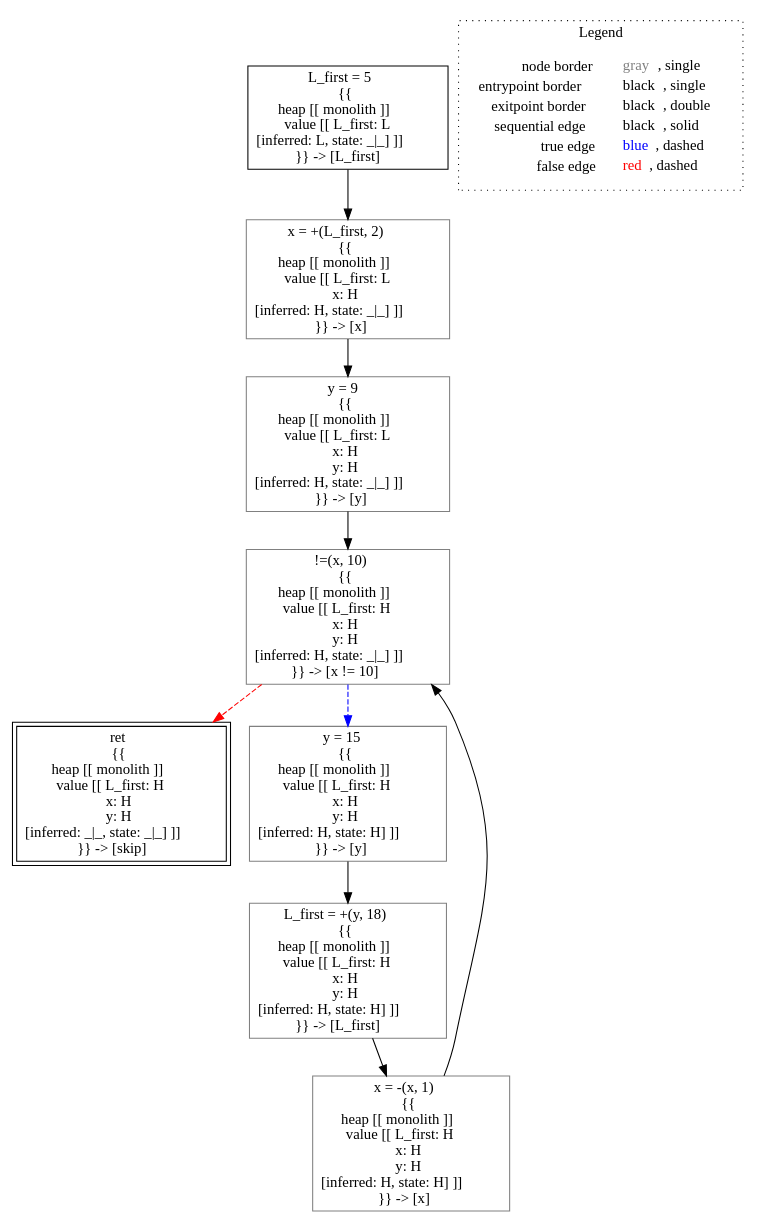
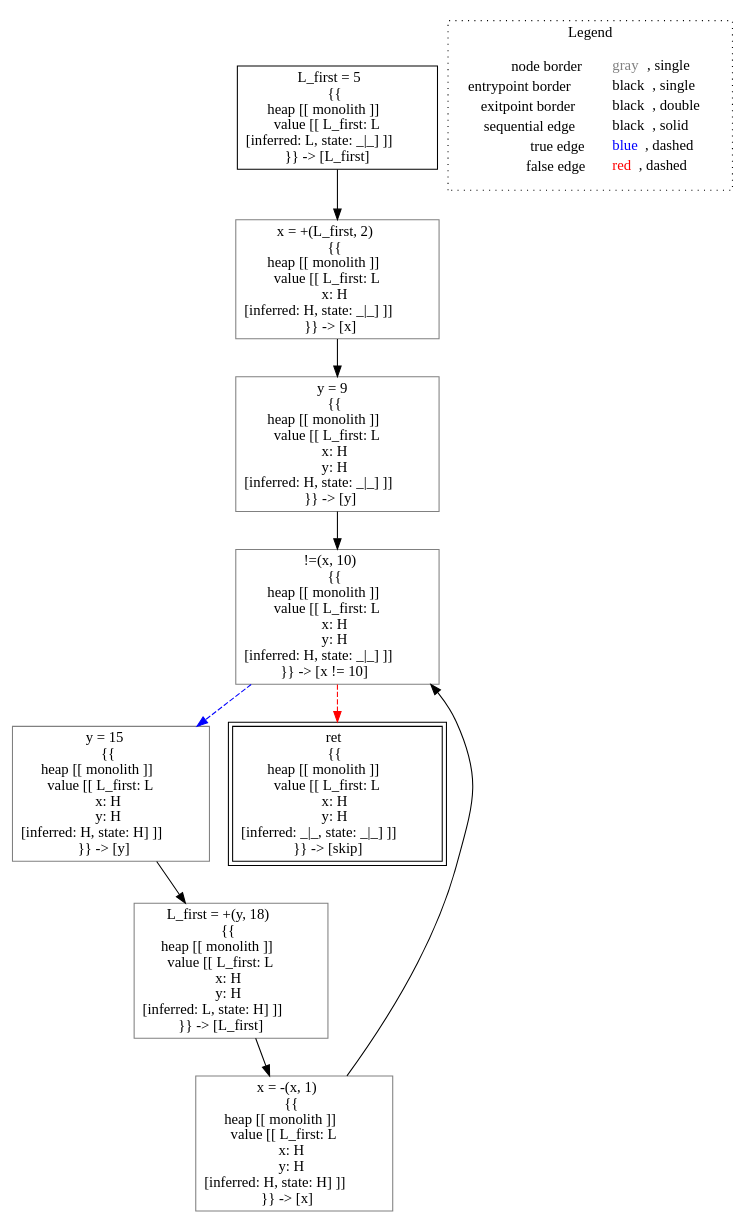
Before and after one commit to lisa-analyzer/lisa: the diagram in lisa/imp-testcases/non-interference/type-system/analysis___untyped_Test.loop(Test_this).dot, drawn with Graphviz. The commit also changed 12 other files, not shown here.

```diff
--- a/lisa/imp-testcases/non-interference/type-system/analysis___untyped_Test.loop(Test_this).dot
+++ b/lisa/imp-testcases/non-interference/type-system/analysis___untyped_Test.loop(Test_this).dot
@@ -1,25 +1,25 @@
 digraph {
 	"node0" [shape="rect",color="black",label=<L_first = 5<BR/>{{<BR/>heap [[ monolith ]]<BR/>value [[ L_first: L<BR/>[inferred: L, state: _|_] ]]<BR/>}} -&gt; [L_first]>];
-	"node1" [shape="rect",color="black",peripheries="2",label=<ret<BR/>{{<BR/>heap [[ monolith ]]<BR/>value [[ L_first: H<BR/>x: H<BR/>y: H<BR/>[inferred: _|_, state: _|_] ]]<BR/>}} -&gt; [skip]>];
-	"node2" [shape="rect",color="gray",label=<y = 9<BR/>{{<BR/>heap [[ monolith ]]<BR/>value [[ L_first: L<BR/>x: H<BR/>y: H<BR/>[inferred: H, state: _|_] ]]<BR/>}} -&gt; [y]>];
-	"node3" [shape="rect",color="gray",label=<!=(x, 10)<BR/>{{<BR/>heap [[ monolith ]]<BR/>value [[ L_first: H<BR/>x: H<BR/>y: H<BR/>[inferred: H, state: _|_] ]]<BR/>}} -&gt; [x != 10]>];
-	"node4" [shape="rect",color="gray",label=<y = 15<BR/>{{<BR/>heap [[ monolith ]]<BR/>value [[ L_first: H<BR/>x: H<BR/>y: H<BR/>[inferred: H, state: H] ]]<BR/>}} -&gt; [y]>];
-	"node5" [shape="rect",color="gray",label=<L_first = +(y, 18)<BR/>{{<BR/>heap [[ monolith ]]<BR/>value [[ L_first: H<BR/>x: H<BR/>y: H<BR/>[inferred: H, state: H] ]]<BR/>}} -&gt; [L_first]>];
-	"node6" [shape="rect",color="gray",label=<x = +(L_first, 2)<BR/>{{<BR/>heap [[ monolith ]]<BR/>value [[ L_first: L<BR/>x: H<BR/>[inferred: H, state: _|_] ]]<BR/>}} -&gt; [x]>];
-	"node7" [shape="rect",color="gray",label=<x = -(x, 1)<BR/>{{<BR/>heap [[ monolith ]]<BR/>value [[ L_first: H<BR/>x: H<BR/>y: H<BR/>[inferred: H, state: H] ]]<BR/>}} -&gt; [x]>];
-	"node2" -> "node3" [color="black"];
-	"node3" -> "node1" [color="red",style="dashed"];
-	"node3" -> "node4" [color="blue",style="dashed"];
-	"node4" -> "node5" [color="black"];
-	"node0" -> "node6" [color="black"];
-	"node5" -> "node7" [color="black"];
-	"node6" -> "node2" [color="black"];
-	"node7" -> "node3" [color="black"];
+	"node1" [shape="rect",color="gray",label=<!=(x, 10)<BR/>{{<BR/>heap [[ monolith ]]<BR/>value [[ L_first: L<BR/>x: H<BR/>y: H<BR/>[inferred: H, state: _|_] ]]<BR/>}} -&gt; [x != 10]>];
+	"node2" [shape="rect",color="gray",label=<x = -(x, 1)<BR/>{{<BR/>heap [[ monolith ]]<BR/>value [[ L_first: L<BR/>x: H<BR/>y: H<BR/>[inferred: H, state: H] ]]<BR/>}} -&gt; [x]>];
+	"node3" [shape="rect",color="gray",label=<x = +(L_first, 2)<BR/>{{<BR/>heap [[ monolith ]]<BR/>value [[ L_first: L<BR/>x: H<BR/>[inferred: H, state: _|_] ]]<BR/>}} -&gt; [x]>];
+	"node4" [shape="rect",color="gray",label=<L_first = +(y, 18)<BR/>{{<BR/>heap [[ monolith ]]<BR/>value [[ L_first: L<BR/>x: H<BR/>y: H<BR/>[inferred: L, state: H] ]]<BR/>}} -&gt; [L_first]>];
+	"node5" [shape="rect",color="gray",label=<y = 15<BR/>{{<BR/>heap [[ monolith ]]<BR/>value [[ L_first: L<BR/>x: H<BR/>y: H<BR/>[inferred: H, state: H] ]]<BR/>}} -&gt; [y]>];
+	"node6" [shape="rect",color="black",peripheries="2",label=<ret<BR/>{{<BR/>heap [[ monolith ]]<BR/>value [[ L_first: L<BR/>x: H<BR/>y: H<BR/>[inferred: _|_, state: _|_] ]]<BR/>}} -&gt; [skip]>];
+	"node7" [shape="rect",color="gray",label=<y = 9<BR/>{{<BR/>heap [[ monolith ]]<BR/>value [[ L_first: L<BR/>x: H<BR/>y: H<BR/>[inferred: H, state: _|_] ]]<BR/>}} -&gt; [y]>];
+	"node1" -> "node5" [color="blue",style="dashed"];
+	"node1" -> "node6" [color="red",style="dashed"];
+	"node2" -> "node1" [color="black"];
+	"node3" -> "node7" [color="black"];
+	"node4" -> "node2" [color="black"];
+	"node5" -> "node4" [color="black"];
+	"node7" -> "node1" [color="black"];
+	"node0" -> "node3" [color="black"];
 subgraph cluster_legend {
 	label="Legend";
 	style=dotted;
 	node [shape=plaintext];
 	"legend" [label=<<table border="0" cellpadding="2" cellspacing="0" cellborder="0"><tr><td align="right">node border&nbsp;</td><td align="left"><font color="gray">gray</font>, single</td></tr><tr><td align="right">entrypoint border&nbsp;</td><td align="left"><font color="black">black</font>, single</td></tr><tr><td align="right">exitpoint border&nbsp;</td><td align="left"><font color="black">black</font>, double</td></tr><tr><td align="right">sequential edge&nbsp;</td><td align="left"><font color="black">black</font>, solid</td></tr><tr><td align="right">true edge&nbsp;</td><td align="left"><font color="blue">blue</font>, dashed</td></tr><tr><td align="right">false edge&nbsp;</td><td align="left"><font color="red">red</font>, dashed</td></tr></table>>];
 }
 
 }
```
